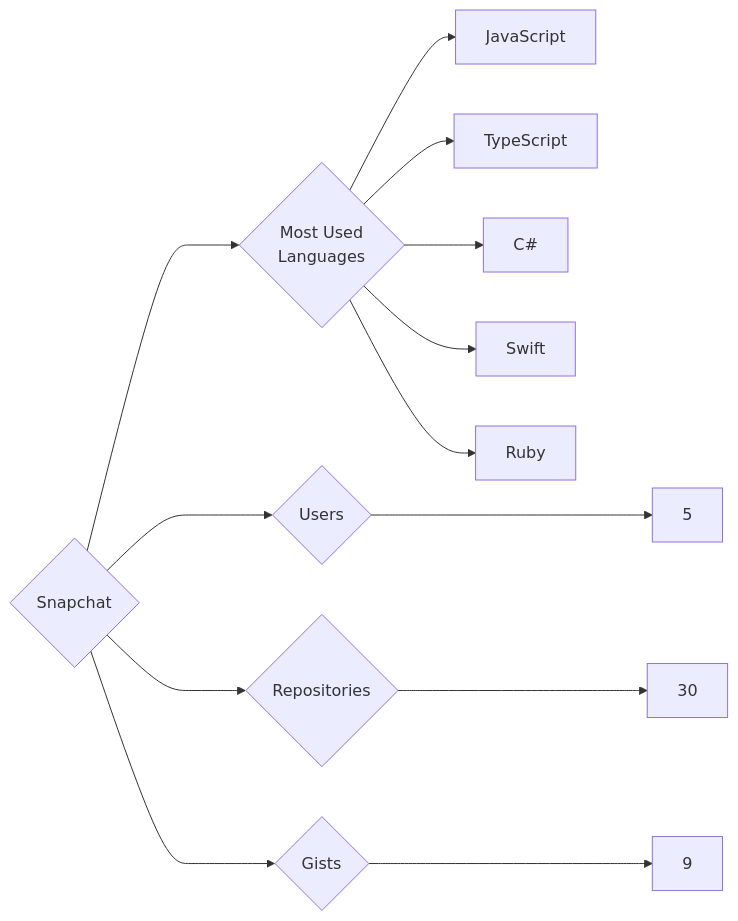
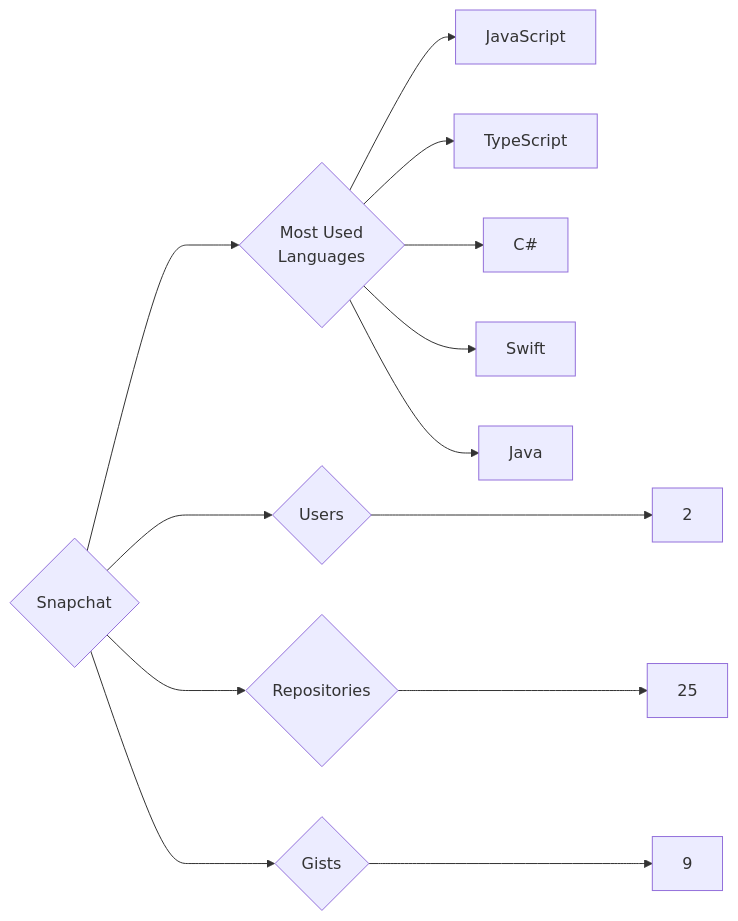
One commit to trickest/insiders changed the diagram in targets/Snapchat/README.md. Above: the diagram before and after it, drawn with Mermaid. The commit also changed 973 other files, not shown here.

````diff
--- a/targets/Snapchat/README.md
+++ b/targets/Snapchat/README.md
@@ -3,13 +3,13 @@
 ```mermaid
 graph LR
 COMPANY_NAME{Snapchat}
-COMPANY_NAME ---> U{Users} ---> UN[5]
-COMPANY_NAME ---> R{Repositories} ---> RN[30]
+COMPANY_NAME ---> U{Users} ---> UN[2]
+COMPANY_NAME ---> R{Repositories} ---> RN[25]
 COMPANY_NAME ---> G{Gists} ---> GN[9]
 COMPANY_NAME ---> ML{Most Used<br>Languages}
 ML --> JavaScript[JavaScript]
 ML --> TypeScript[TypeScript]
 ML --> C#[C#]
 ML --> Swift[Swift]
-ML --> Ruby[Ruby]
+ML --> Java[Java]
 ```
````
